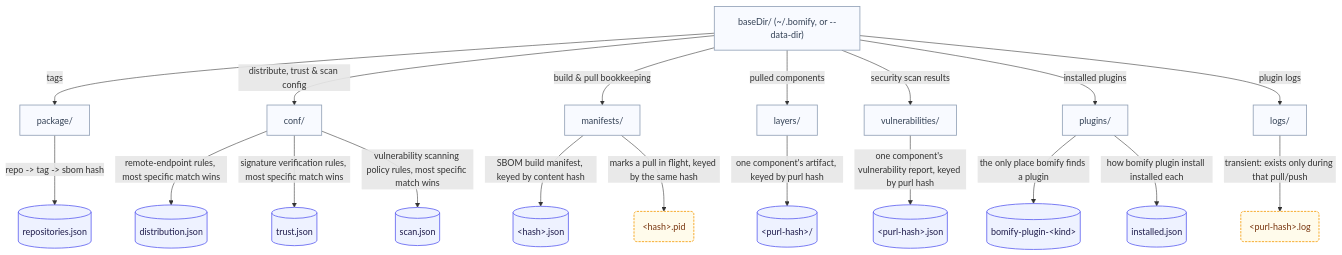
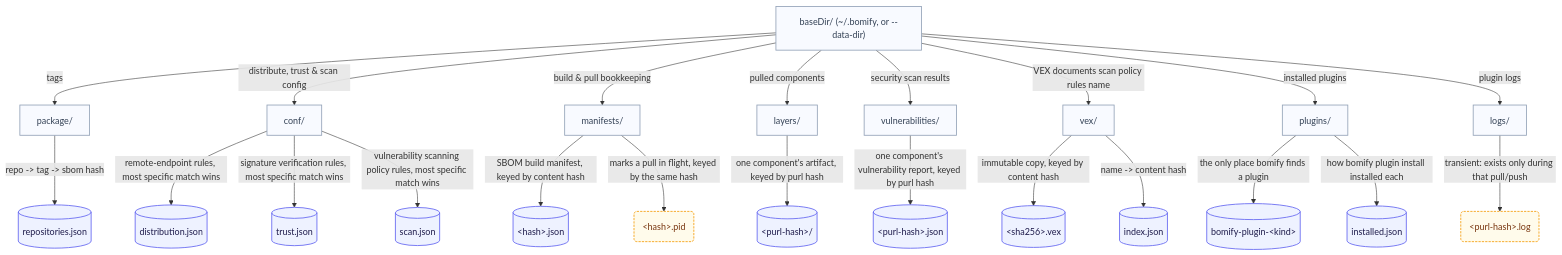
Before and after one commit to alejandro-velasco/bomify: the diagram in docs/diagrams/data-directory.mmd, drawn with Mermaid. The commit also changed 29 other files, not shown here.

First line of the commit message:
feat(security): exempt vulnerabilities with VEX documents

```diff
--- a/docs/diagrams/data-directory.mmd
+++ b/docs/diagrams/data-directory.mmd
@@ -1,35 +1,39 @@
 flowchart TD
     classDef dir fill:#F8FAFF,stroke:#94A3B8,stroke-width:1.5px,color:#334155
     classDef store fill:#EEF2FF,stroke:#6366F1,stroke-width:1.5px,color:#1e1b4b
     classDef transient fill:#FFFBEB,stroke:#F59E0B,stroke-width:1.5px,stroke-dasharray:4 2,color:#78350f
 
     Root["baseDir/ (~/.bomify, or --data-dir)"]
 
     Root -->|"tags"| Package["package/"]
     Package -->|"repo -&gt; tag -&gt; sbom hash"| Repos[("repositories.json")]
 
     Root -->|"distribute, trust & scan config"| Conf["conf/"]
     Conf -->|"remote-endpoint rules, most specific match wins"| DistConfig[("distribution.json")]
     Conf -->|"signature verification rules, most specific match wins"| TrustConfig[("trust.json")]
     Conf -->|"vulnerability scanning policy rules, most specific match wins"| ScanConfig[("scan.json")]
 
     Root -->|"build & pull bookkeeping"| Manifests["manifests/"]
     Manifests -->|"SBOM build manifest, keyed by content hash"| ManifestFile[("&lt;hash&gt;.json")]
     Manifests -->|"marks a pull in flight, keyed by the same hash"| PidFile("&lt;hash&gt;.pid")
 
     Root -->|"pulled components"| Layers["layers/"]
     Layers -->|"one component's artifact, keyed by purl hash"| LayerDir[("&lt;purl-hash&gt;/")]
 
     Root -->|"security scan results"| Vulns["vulnerabilities/"]
     Vulns -->|"one component's vulnerability report, keyed by purl hash"| ReportFile[("&lt;purl-hash&gt;.json")]
 
+    Root -->|"VEX documents scan policy rules name"| VEX["vex/"]
+    VEX -->|"immutable copy, keyed by content hash"| VEXFile[("&lt;sha256&gt;.vex")]
+    VEX -->|"name -&gt; content hash"| VEXIndex[("index.json")]
+
     Root -->|"installed plugins"| Plugins["plugins/"]
     Plugins -->|"the only place bomify finds a plugin"| PluginBin[("bomify-plugin-&lt;kind&gt;")]
     Plugins -->|"how bomify plugin install installed each"| PluginIndex[("installed.json")]
 
     Root -->|"plugin logs"| Logs["logs/"]
     Logs -->|"transient: exists only during that pull/push"| LogFile("&lt;purl-hash&gt;.log")
 
-    class Root,Package,Conf,Manifests,Layers,Vulns,Plugins,Logs dir
-    class Repos,DistConfig,TrustConfig,ScanConfig,ManifestFile,LayerDir,ReportFile,PluginBin,PluginIndex store
+    class Root,Package,Conf,Manifests,Layers,Vulns,VEX,Plugins,Logs dir
+    class Repos,DistConfig,TrustConfig,ScanConfig,ManifestFile,LayerDir,ReportFile,VEXFile,VEXIndex,PluginBin,PluginIndex store
     class PidFile,LogFile transient
```
